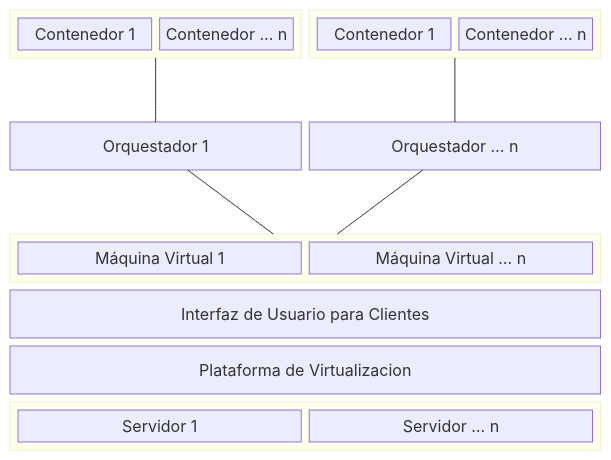
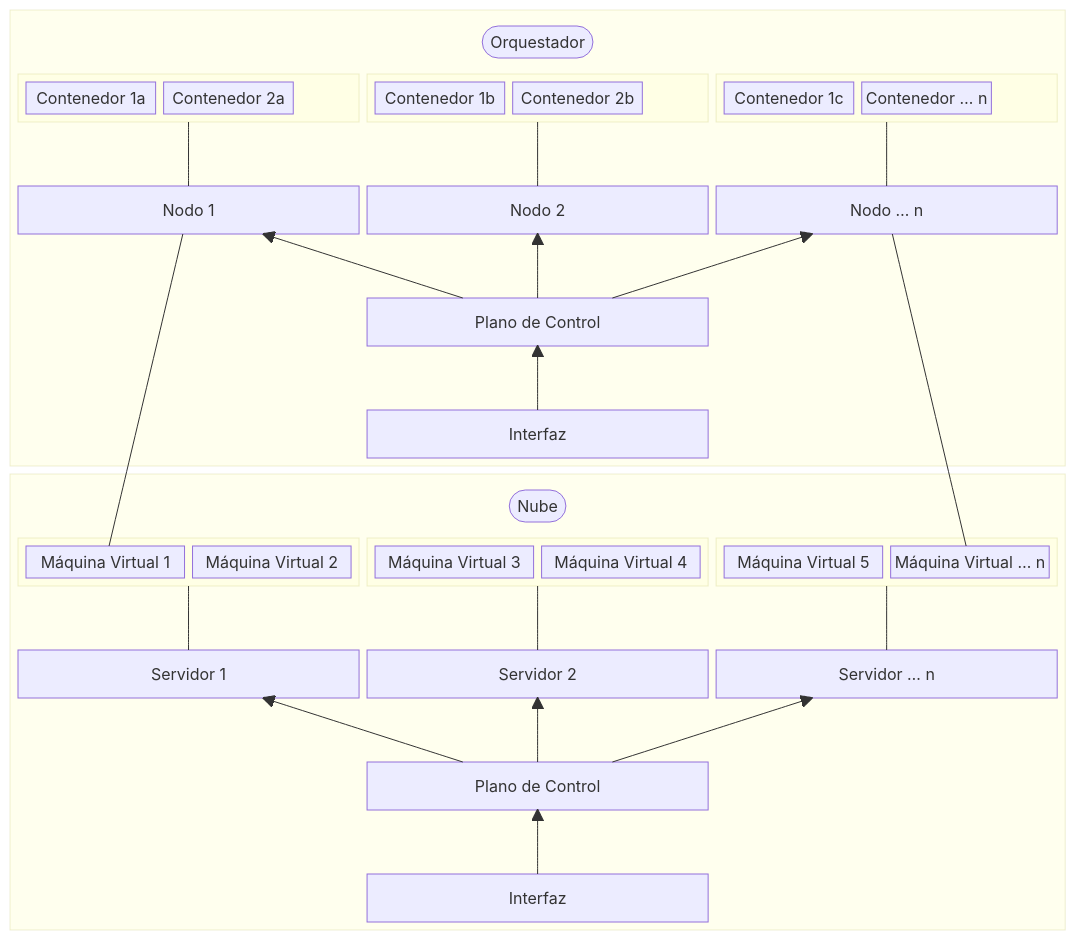
The first of 3 diagrams in e01/README.md (DevOps-In-formation/temporada1), drawn with Mermaid before and after one commit. The commit also changed 1 other file, not shown here.

Commit message:
Agrega primeros diagramas del episodio 2 temporada 1 (#11)

````diff
--- a/e01/README.md
+++ b/e01/README.md
@@ -5,34 +5,79 @@
 ```mermaid
 block
-  columns 4
-  block:nsp1:2
+columns 1
+  block:orq1:1
+  columns 3
+    space
+    lblorq1(["Orquestador"])
+    space
+    block:pod1
     columns 2
-    or1cn1["Contenedor 1"]
-    or1cnn["Contenedor … n"]
+      or1cn1["Contenedor 1a"]:1
+      or1cnn["Contenedor 2a"]:1
+    end
+    block:pod2
+    columns 2
+      pod2cn1["Contenedor 1b"]:1
+      pod2cnn["Contenedor 2b"]:1
+    end
+    block:podn
+    columns 2
+      or2cn1["Contenedor 1c"]:1
+      or2cnn["Contenedor … n"]:1
+    end
+    space:3
+    nod1["Nodo   1"]
+    nod2["Nodo   2"]
+    nodn["Nodo … n"]
+    space:4
+    orqcon["Plano de Control"]
+    space:5
+    orqui["Interfaz"]
   end
-  block:nsp2:2
+  block:hyp1:1
+  columns 3
+    space
+    lblhyp1(["Nube"])
+    space
+    block:hv1
     columns 2
-    or2cn1["Contenedor 1"]
-    or2cnn["Contenedor … n"]
+      hv1vm1["Máquina Virtual 1"]:1
+      hv1vmn["Máquina Virtual 2"]:1
+    end
+    block:hv2
+    columns 2
+      hv2vm1["Máquina Virtual 3"]:1
+      hv2vmn["Máquina Virtual 4"]:1
+    end
+    block:hvn
+    columns 2
+      hvnvm1["Máquina Virtual 5"]:1
+      hvnvmn["Máquina Virtual … n"]:1
+    end
+    space:3
+    srv1["Servidor 1"]
+    srv2["Servidor 2"]
+    srvn["Servidor … n"]
+    space:4
+    con["Plano de Control"]
+    space:5
+    ui["Interfaz"]
   end
-  space:4
-  or1["Orquestador 1"]:2
-  or2["Orquestador … n"]:2
-  space:4
-  block:env1:4
-    columns 2
-    hv1vm1["Máquina Virtual 1"]
-    hv1vmn["Máquina Virtual … n"]
-  end
-  con1["Interfaz de Usuario para Clientes"]:4
-  vrt1["Plataforma de Virtualizacion"]:4
-  block:dc1:4
-    columns 2
-    dc1srv1["Servidor 1"]
-    dc1srvn["Servidor … n"]
-  end
-  env1 --- or1
-  env1 --- or2
-  or1 --- nsp1
-  or2 --- nsp2
+
+  nod1 --- pod1
+  nod2 --- pod2
+  nodn --- podn
+  orqcon --> nod1
+  orqcon --> nod2
+  orqcon --> nodn
+  orqui --> orqcon
+  hv1vm1 --- nod1
+  hvnvmn --- nodn
+  hv1 --- srv1
+  hv2 --- srv2
+  hvn --- srvn
+  con --> srv1
+  con --> srv2
+  con --> srvn
+  ui --> con
 ```
````
